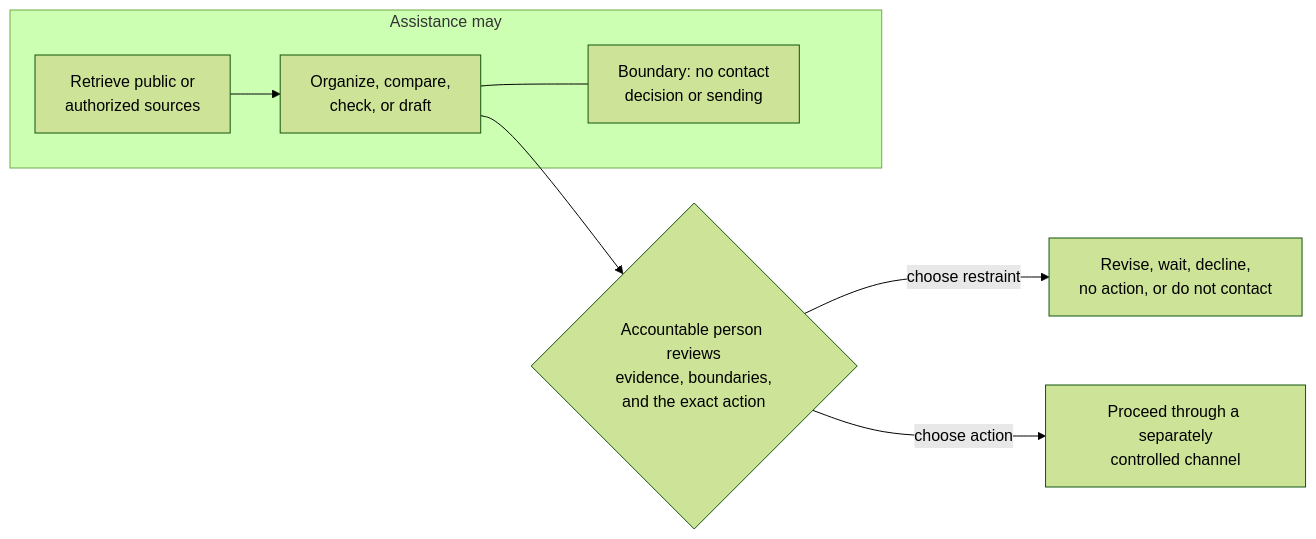
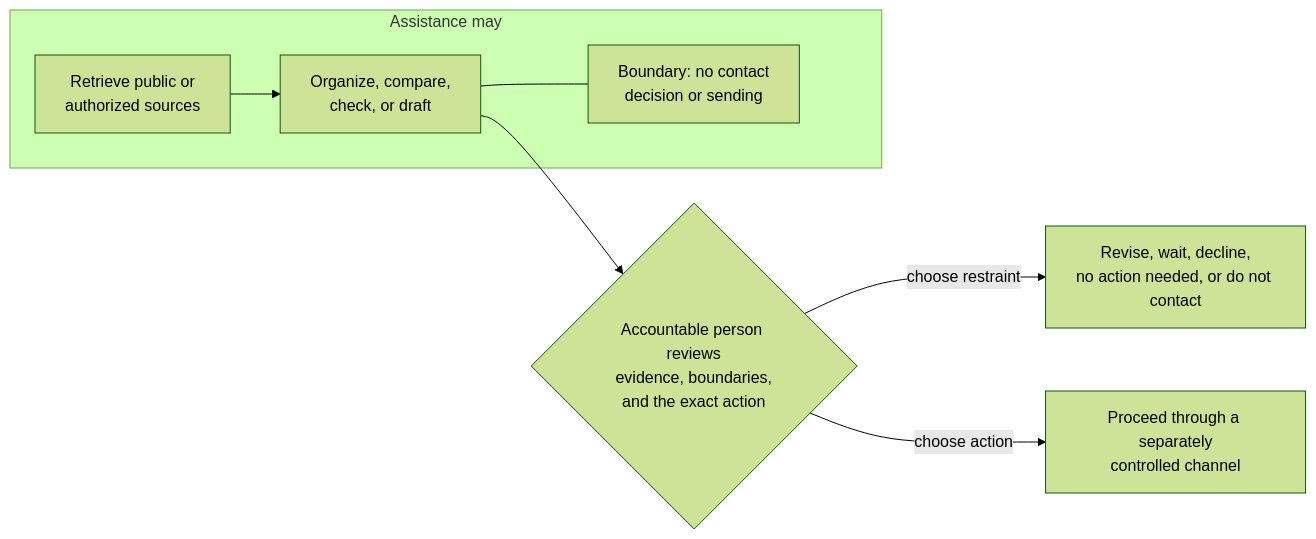
The diagram in framework/responsible-practice-standard.md (BradGroux/influence-operating-framework), drawn with Mermaid (forest theme) before and after one commit. The commit also changed 1 other file, not shown here.

Commit message:
docs: refine visualization clarity

````diff
--- a/framework/responsible-practice-standard.md
+++ b/framework/responsible-practice-standard.md
@@ -114,18 +114,18 @@
 ```mermaid
 flowchart LR
     subgraph A["Assistance may"]
         S["Retrieve public or<br/>authorized sources"]
         D["Organize, compare,<br/>check, or draft"]
         N["Boundary: no contact<br/>decision or sending"]
         S --> D
         D --- N
     end
 
     H{"Accountable person reviews<br/>evidence, boundaries,<br/>and the exact action"}
-    R["Revise, wait, decline,<br/>no action, or do not contact"]
+    R["Revise, wait, decline,<br/>no action needed, or do not contact"]
     P["Proceed through a separately<br/>controlled channel"]
 
     D --> H
     H -- "choose restraint" --> R
     H -- "choose action" --> P
 ```
````
